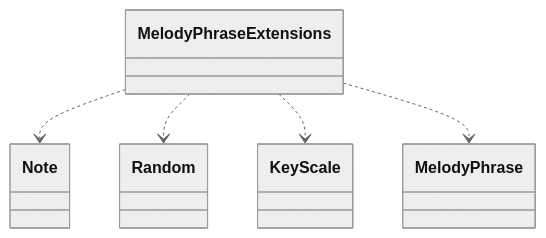
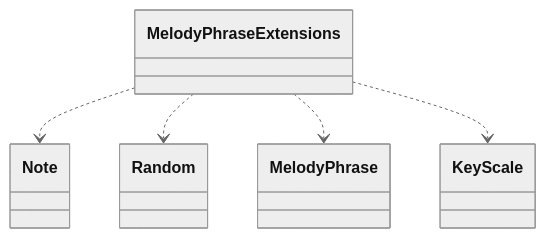
One commit to schnock-art/project_inspector changed diagram 16 of 35 in test.md. Above: the diagram before and after it, drawn with Mermaid (neutral theme). The commit also changed other lines of this file and 2 other files, not shown here.

Commit message:
Working mermaid!

````diff
--- a/test.md
+++ b/test.md
@@ -405,7 +391,7 @@
 ```mermaid
 classDiagram
 MelodyPhraseExtensions ..> Note
 MelodyPhraseExtensions ..> Random
+MelodyPhraseExtensions ..> MelodyPhrase
 MelodyPhraseExtensions ..> KeyScale
-MelodyPhraseExtensions ..> MelodyPhrase
 ```
````
